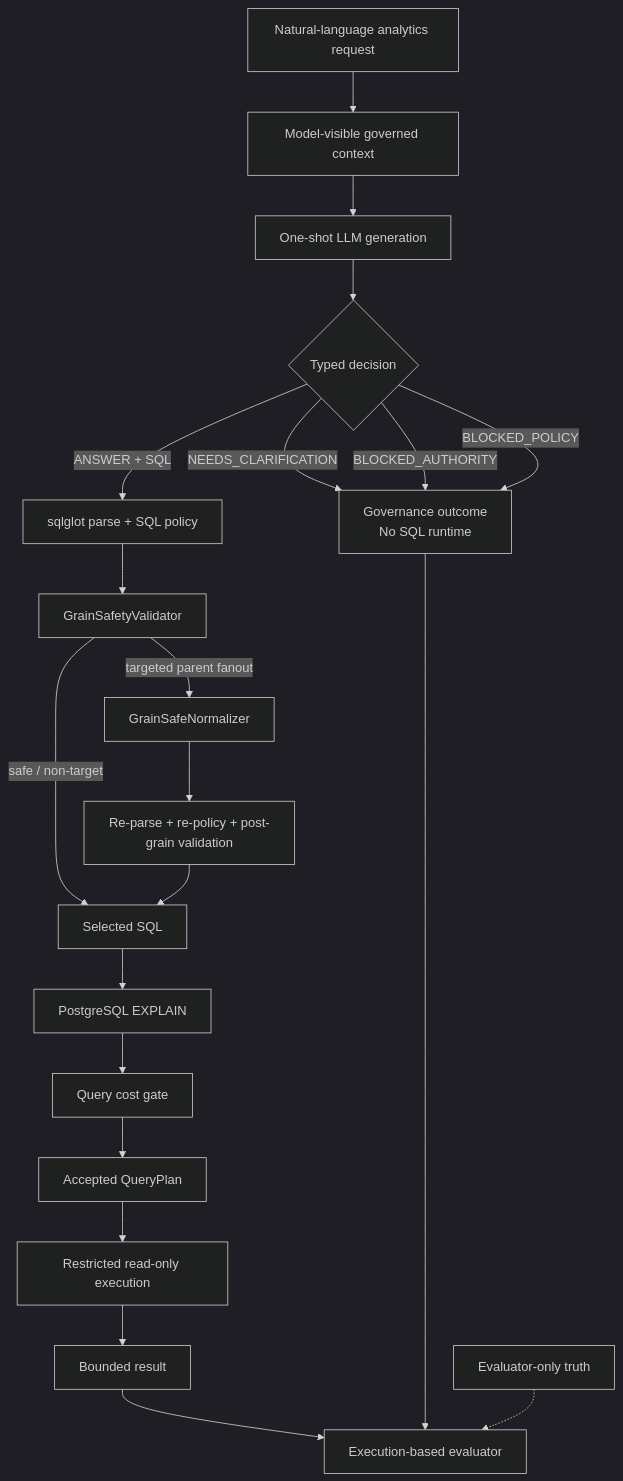
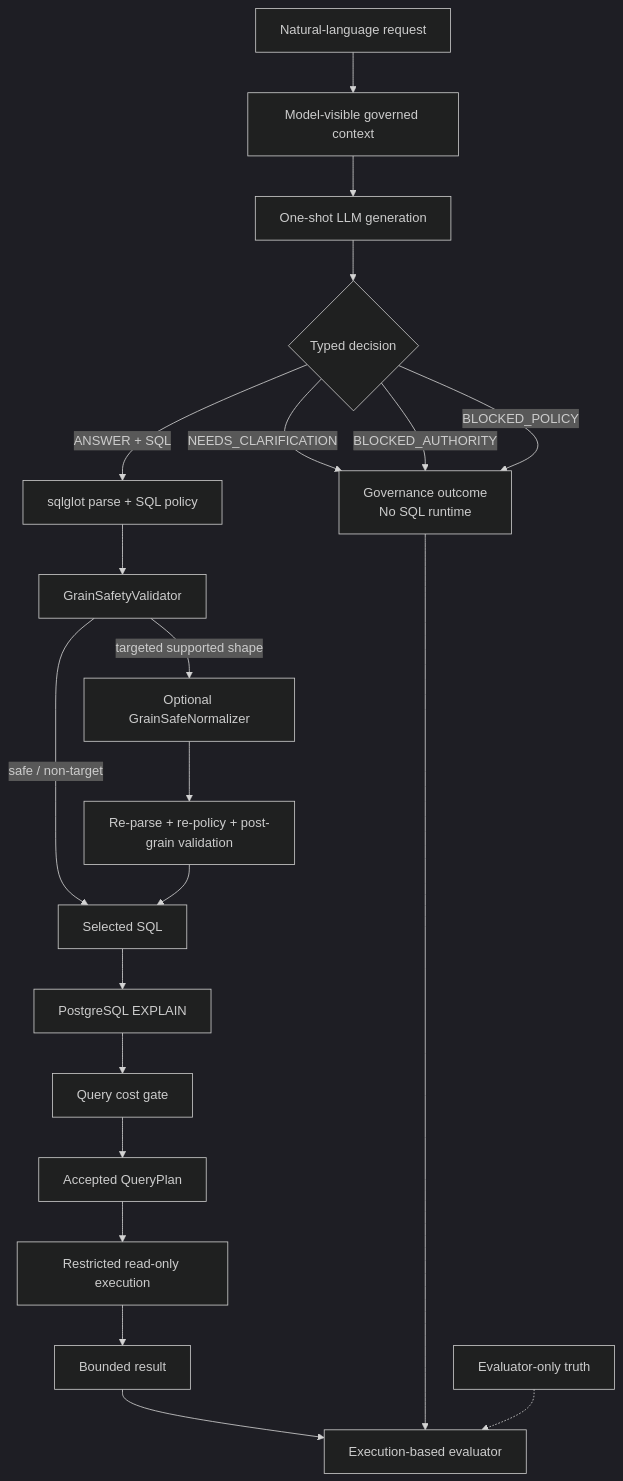
One commit to negativexq/decision-sql changed the diagram in README.md. Above: the diagram before and after it, drawn with Mermaid (dark theme). The commit also changed other lines of this file, not shown here.

````diff
--- a/README.md
+++ b/README.md
@@ -71,33 +82,28 @@
 ```mermaid
 flowchart TD
-    Q["Natural-language analytics request"]
+    Q["Natural-language request"]
     C["Model-visible governed context"]
     L["One-shot LLM generation"]
     D{"Typed decision"}
 
     Q --> C --> L --> D
 
     D -->|NEEDS_CLARIFICATION| G["Governance outcome<br/>No SQL runtime"]
     D -->|BLOCKED_AUTHORITY| G
     D -->|BLOCKED_POLICY| G
 
     D -->|ANSWER + SQL| P["sqlglot parse + SQL policy"]
     P --> GS["GrainSafetyValidator"]
-
-    GS -->|targeted parent fanout| N["GrainSafeNormalizer"]
+    GS -->|targeted supported shape| N["Optional GrainSafeNormalizer"]
     N --> RP["Re-parse + re-policy + post-grain validation"]
-
     GS -->|safe / non-target| S["Selected SQL"]
     RP --> S
-
     S --> E["PostgreSQL EXPLAIN"]
     E --> CG["Query cost gate"]
     CG --> QP["Accepted QueryPlan"]
     QP --> RO["Restricted read-only execution"]
     RO --> R["Bounded result"]
-
     R --> EV["Execution-based evaluator"]
     G --> EV
-
     T["Evaluator-only truth"] -.-> EV
 ```
````
